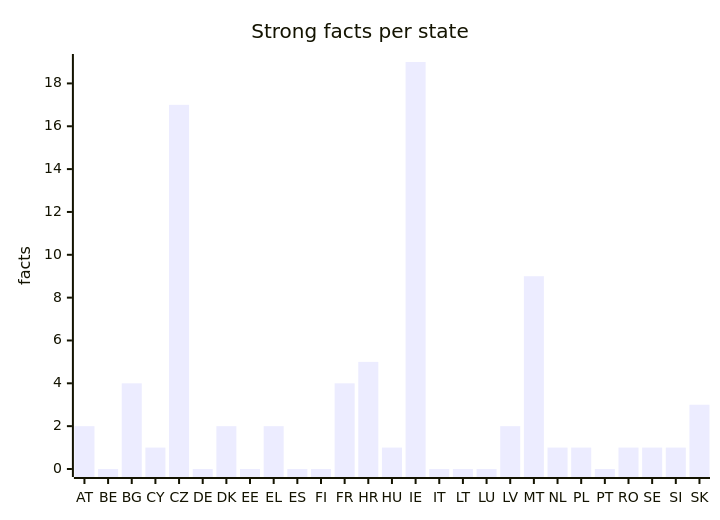
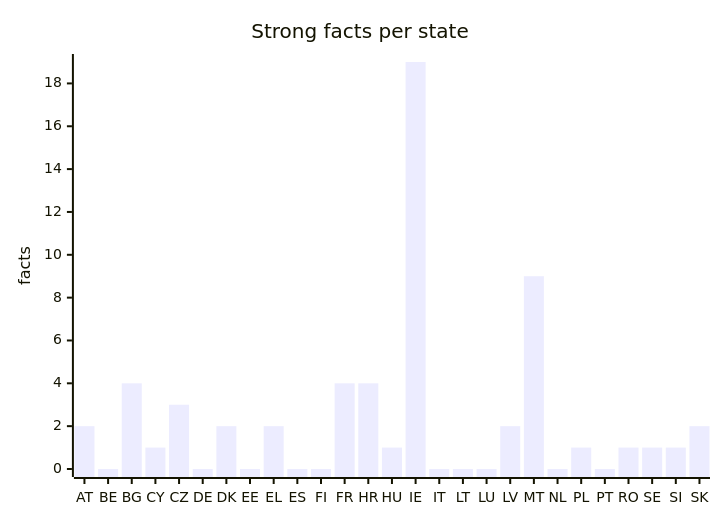
One commit to EU27-data-sovereignty/eu27-data-sovereignty changed the fifth of 5 diagrams in docs/evidence.md. Above: the diagram before and after it, drawn with Mermaid. The commit also changed other lines of this file and 37 other files, not shown here.

````diff
--- a/docs/evidence.md
+++ b/docs/evidence.md
@@ -50,7 +93,7 @@
 ```mermaid
 xychart-beta
   title "Strong facts per state"
   x-axis [AT, BE, BG, CY, CZ, DE, DK, EE, EL, ES, FI, FR, HR, HU, IE, IT, LT, LU, LV, MT, NL, PL, PT, RO, SE, SI, SK]
   y-axis "facts" 0 --> 19
-  bar [2, 0, 4, 1, 17, 0, 2, 0, 2, 0, 0, 4, 5, 1, 19, 0, 0, 0, 2, 9, 1, 1, 0, 1, 1, 1, 3]
+  bar [2, 0, 4, 1, 3, 0, 2, 0, 2, 0, 0, 4, 4, 1, 19, 0, 0, 0, 2, 9, 0, 1, 0, 1, 1, 1, 2]
 ```
````
